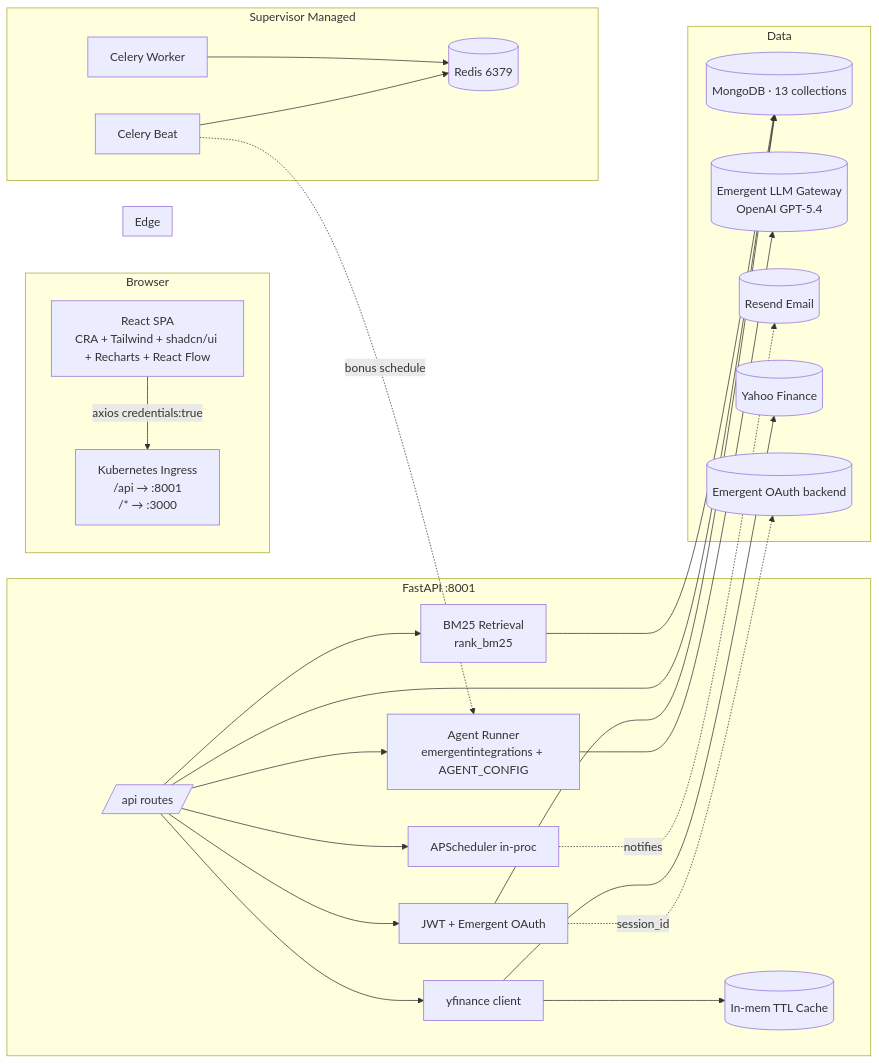
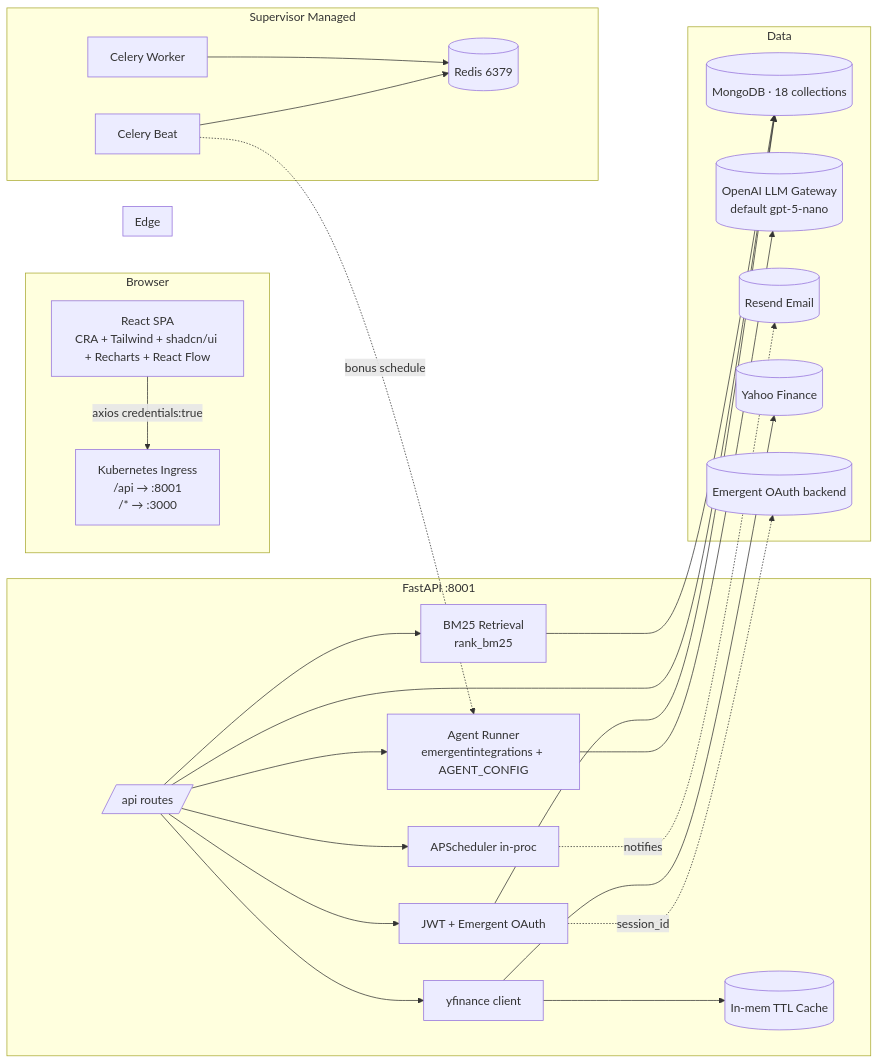
The first of 8 diagrams in TECHNICAL_GUIDE.md (Asethi984/IntelligenceOS), drawn with Mermaid before and after one commit. The commit also changed other lines of this file and 5 other files, not shown here.

````diff
--- a/TECHNICAL_GUIDE.md
+++ b/TECHNICAL_GUIDE.md
@@ -40,52 +40,52 @@
 ```mermaid
 flowchart LR
   subgraph Browser
     UI[React SPA<br/>CRA + Tailwind + shadcn/ui + Recharts + React Flow]
     UI -->|axios credentials:true| GW
   end
 
   subgraph Edge
     GW[Kubernetes Ingress<br/>/api → :8001<br/>/* → :3000]
   end
 
   subgraph Backend[FastAPI :8001]
     RT[/api routes/]
     AUTH[JWT + Emergent OAuth]
     AGENTS[Agent Runner<br/>emergentintegrations + AGENT_CONFIG]
     RAG[BM25 Retrieval<br/>rank_bm25]
     SCHED[APScheduler in-proc]
     CACHE[(In-mem TTL Cache)]
     YF[yfinance client]
   end
 
   subgraph Workers[Supervisor Managed]
     REDIS[(Redis 6379)]
     CW[Celery Worker]
     CB[Celery Beat]
   end
 
   subgraph Data
-    MDB[(MongoDB · 13 collections)]
-    LLM[(Emergent LLM Gateway<br/>OpenAI GPT-5.4)]
+    MDB[(MongoDB · 18 collections)]
+    LLM[(OpenAI LLM Gateway<br/>default gpt-5-nano)]
     RESEND[(Resend Email)]
     YFAPI[(Yahoo Finance)]
     EMERGENT[(Emergent OAuth backend)]
   end
 
   RT --> AUTH
   RT --> AGENTS
   RT --> RAG
   RT --> YF
   RT --> SCHED
   AGENTS --> LLM
   YF --> YFAPI
   YF --> CACHE
   AUTH --> MDB
   RT --> MDB
   RAG --> MDB
   AUTH -.session_id.-> EMERGENT
   SCHED -.notifies.-> RESEND
   CB --> REDIS
   CW --> REDIS
   CB -.bonus schedule.-> AGENTS
 ```
````
